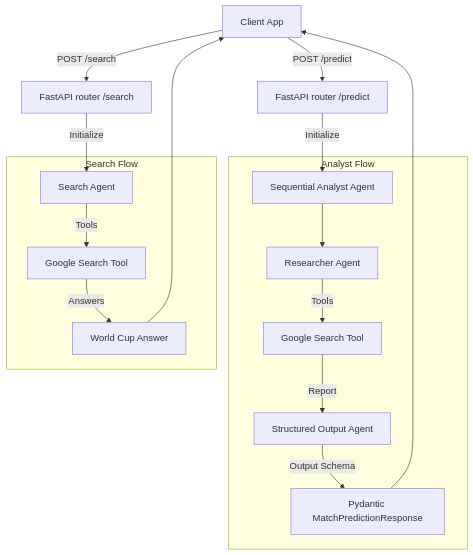
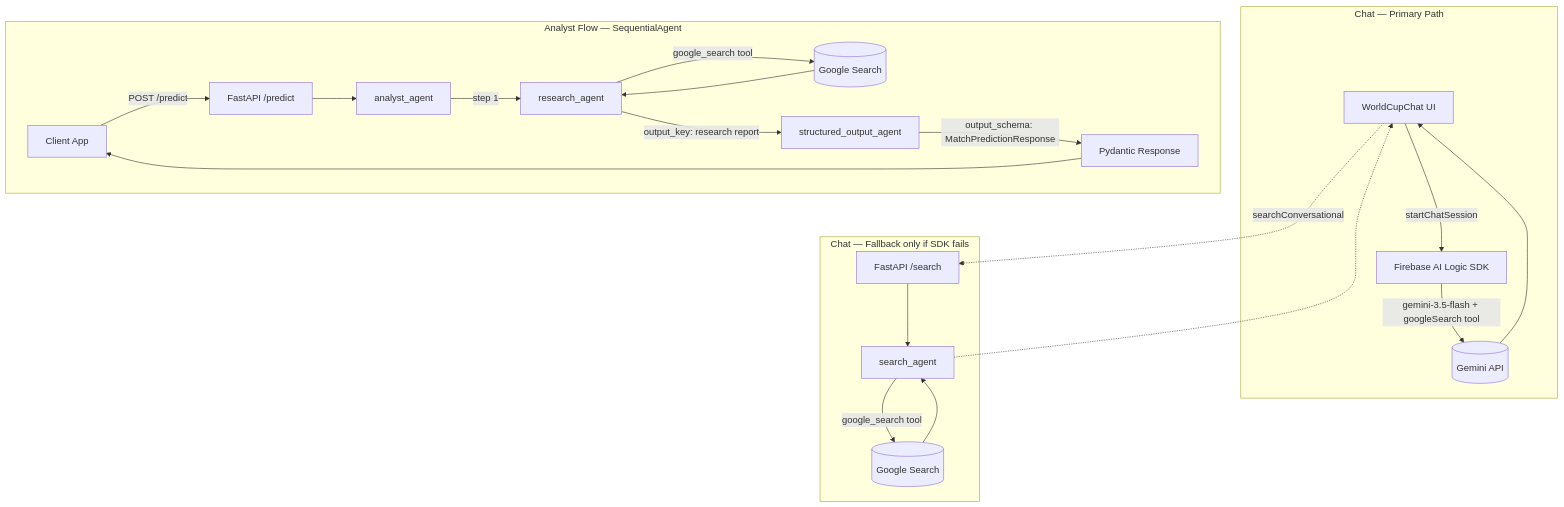
One commit to jggomez/world-cup-2026-devhack-ai changed the diagram in analyst_service/README.md. Above: the diagram before and after it, drawn with Mermaid. The commit also changed 14 other files, not shown here.

Commit message:
feat(ai-hub): optimize sticker prompt face/jersey, prediction agents temp, improve mobile UI popups and chat discoverability, upgrade 3d soccer intro

````diff
--- a/analyst_service/README.md
+++ b/analyst_service/README.md
@@ -11,23 +11,30 @@
 ```mermaid
 graph TD
-    Client[Client App] -->|POST /predict| API[FastAPI router /predict]
-    Client -->|POST /search| API_S[FastAPI router /search]
-    
-    API -->|Initialize| AnalystAgent[Sequential Analyst Agent]
-    API_S -->|Initialize| SearchAgent[Search Agent]
-    
-    subgraph Analyst Flow
-        AnalystAgent --> Researcher[Researcher Agent]
-        Researcher -->|Tools| SearchTool[Google Search Tool]
-        SearchTool -->|Report| StructuredAgent[Structured Output Agent]
-        StructuredAgent -->|Output Schema| PredictionResponse[Pydantic MatchPredictionResponse]
+    ChatUI[WorldCupChat UI]
+    Client[Client App]
+
+    subgraph "Chat — Primary Path"
+        ChatUI -->|startChatSession| FirebaseSDK[Firebase AI Logic SDK]
+        FirebaseSDK -->|gemini-3.5-flash + googleSearch tool| GeminiAPI[(Gemini API)]
+        GeminiAPI --> ChatUI
     end
-    
-    subgraph Search Flow
-        SearchAgent -->|Tools| SearchTool_S[Google Search Tool]
-        SearchTool_S -->|Answers| FinalAnswer[World Cup Answer]
+
+    subgraph "Chat — Fallback only if SDK fails"
+        ChatUI -.->|searchConversational| SearchEndpoint[FastAPI /search]
+        SearchEndpoint --> SearchAgent[search_agent]
+        SearchAgent -->|google_search tool| GoogleSearch2[(Google Search)]
+        GoogleSearch2 --> SearchAgent
+        SearchAgent -.-> ChatUI
     end
-    
-    PredictionResponse --> Client
-    FinalAnswer --> Client
+
+    subgraph "Analyst Flow — SequentialAgent"
+        Client -->|POST /predict| PredictEndpoint[FastAPI /predict]
+        PredictEndpoint --> AnalystAgent[analyst_agent]
+        AnalystAgent -->|step 1| ResearchAgent[research_agent]
+        ResearchAgent -->|google_search tool| GoogleSearch1[(Google Search)]
+        GoogleSearch1 --> ResearchAgent
+        ResearchAgent -->|output_key: research report| StructuredAgent[structured_output_agent]
+        StructuredAgent -->|output_schema: MatchPredictionResponse| PredictionResponse[Pydantic Response]
+        PredictionResponse --> Client
+    end
 ```
````
